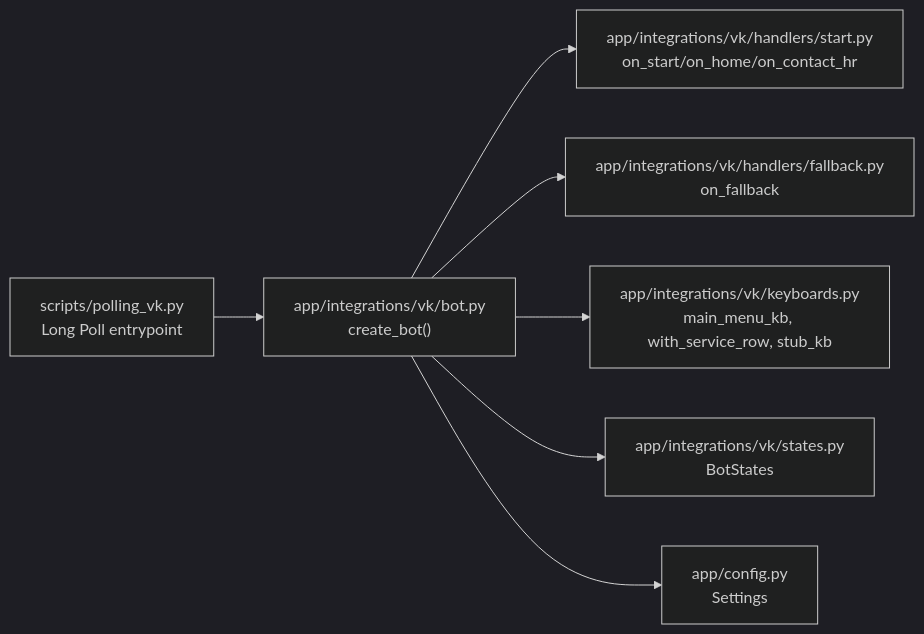
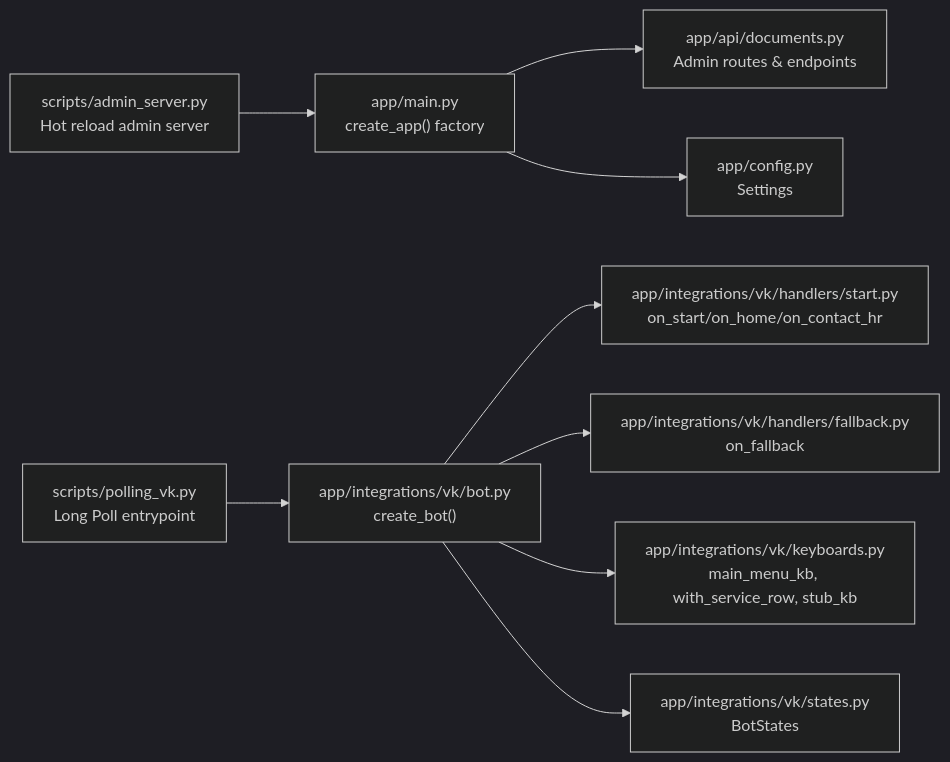
Before and after one commit to ognelis/cafetera_hr_bot: the second of 5 diagrams in .qoder/repowiki/en/content/Development Workflow/Development Workflow.md, drawn with Mermaid (dark theme). The commit also changed other lines of this file and 5 other files, not shown here.

````diff
--- a/.qoder/repowiki/en/content/Development Workflow/Development Workflow.md
+++ b/.qoder/repowiki/en/content/Development Workflow/Development Workflow.md
@@ -136,9 +166,11 @@
 ```mermaid
 graph LR
-A["scripts/polling_vk.py<br/>Long Poll entrypoint"] --> B["app/integrations/vk/bot.py<br/>create_bot()"]
-B --> C["app/integrations/vk/handlers/start.py<br/>on_start/on_home/on_contact_hr"]
-B --> D["app/integrations/vk/handlers/fallback.py<br/>on_fallback"]
-B --> E["app/integrations/vk/keyboards.py<br/>main_menu_kb, with_service_row, stub_kb"]
-B --> F["app/integrations/vk/states.py<br/>BotStates"]
-B --> G["app/config.py<br/>Settings"]
+A["scripts/admin_server.py<br/>Hot reload admin server"] --> B["app/main.py<br/>create_app() factory"]
+B --> C["app/api/documents.py<br/>Admin routes & endpoints"]
+B --> D["app/config.py<br/>Settings"]
+E["scripts/polling_vk.py<br/>Long Poll entrypoint"] --> F["app/integrations/vk/bot.py<br/>create_bot()"]
+F --> G["app/integrations/vk/handlers/start.py<br/>on_start/on_home/on_contact_hr"]
+F --> H["app/integrations/vk/handlers/fallback.py<br/>on_fallback"]
+F --> I["app/integrations/vk/keyboards.py<br/>main_menu_kb, with_service_row, stub_kb"]
+F --> J["app/integrations/vk/states.py<br/>BotStates"]
 ```
````
